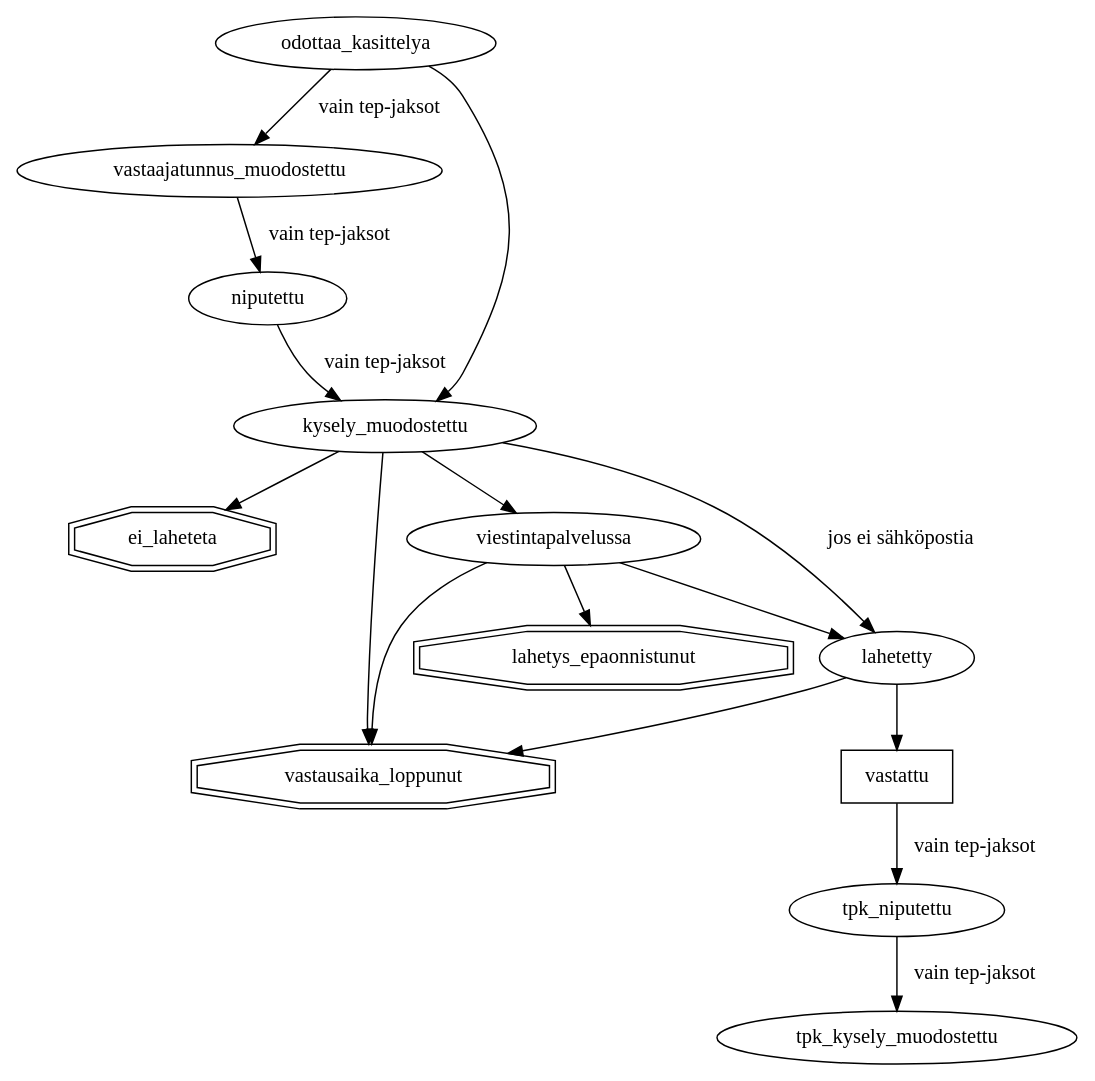
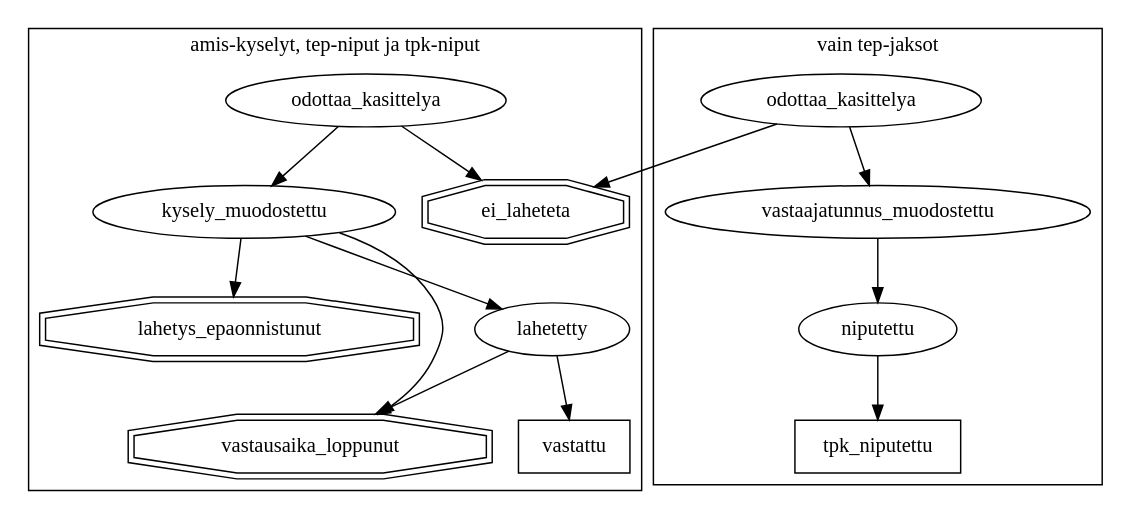
Before and after one commit to Opetushallitus/ehoks: the diagram in doc/palaute-tilat.dot, drawn with Graphviz. The commit also changed 1 other file, not shown here.

```diff
--- a/doc/palaute-tilat.dot
+++ b/doc/palaute-tilat.dot
@@ -1,19 +1,29 @@
 digraph tilat {
+
 ei_laheteta[shape=doubleoctagon]
-vastausaika_loppunut[shape=doubleoctagon]
-lahetys_epaonnistunut[shape=doubleoctagon]
-vastattu[shape=box]
 
-odottaa_kasittelya -> vastaajatunnus_muodostettu -> niputettu -> kysely_muodostettu [label="vain tep-jaksot"]
-odottaa_kasittelya -> kysely_muodostettu -> viestintapalvelussa -> lahetetty -> vastattu
+subgraph cluster_0 {
+  label = "vain tep-jaksot"
+  odottaa_kasittelya2[label="odottaa_kasittelya"]
 
-kysely_muodostettu -> ei_laheteta
-viestintapalvelussa -> lahetys_epaonnistunut
-kysely_muodostettu -> lahetetty [label="jos ei sähköpostia"]
+  odottaa_kasittelya2 -> vastaajatunnus_muodostettu -> niputettu -> tpk_niputettu
+}
 
-kysely_muodostettu -> vastausaika_loppunut
-viestintapalvelussa -> vastausaika_loppunut
-lahetetty -> vastausaika_loppunut
+subgraph cluster_1 {
+  label = "amis-kyselyt, tep-niput ja tpk-niput"
+  lahetys_epaonnistunut[shape=doubleoctagon]
+  vastausaika_loppunut[shape=doubleoctagon]
+  vastattu[shape=box]
+  tpk_niputettu[shape=box]
+  odottaa_kasittelya1[label="odottaa_kasittelya"]
 
-vastattu -> tpk_niputettu -> tpk_kysely_muodostettu [label="vain tep-jaksot"]
+  odottaa_kasittelya1 -> kysely_muodostettu -> lahetetty -> vastattu
+
+  odottaa_kasittelya1 -> ei_laheteta
+  odottaa_kasittelya2 -> ei_laheteta
+  kysely_muodostettu -> lahetys_epaonnistunut
+  kysely_muodostettu -> vastausaika_loppunut
+  lahetetty -> vastausaika_loppunut
 }
+
+}
```
